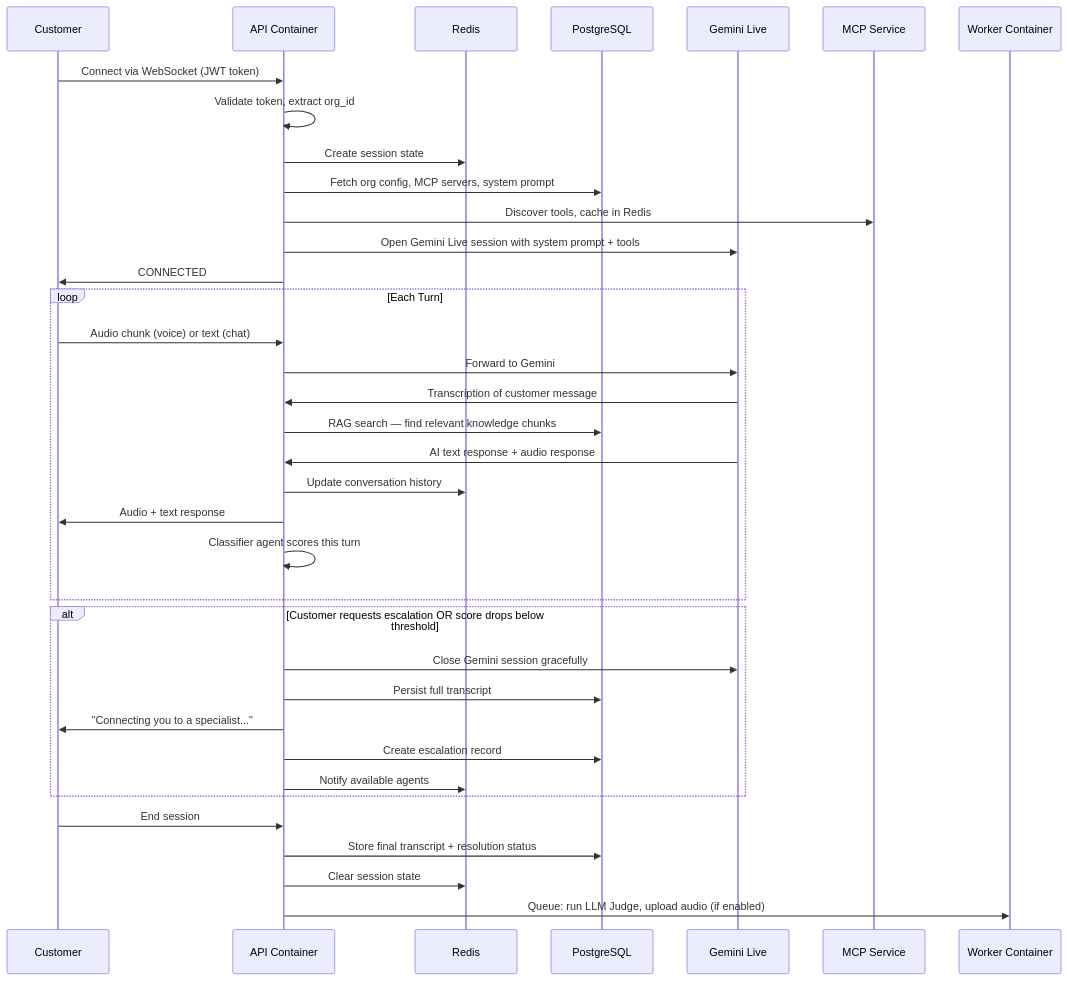
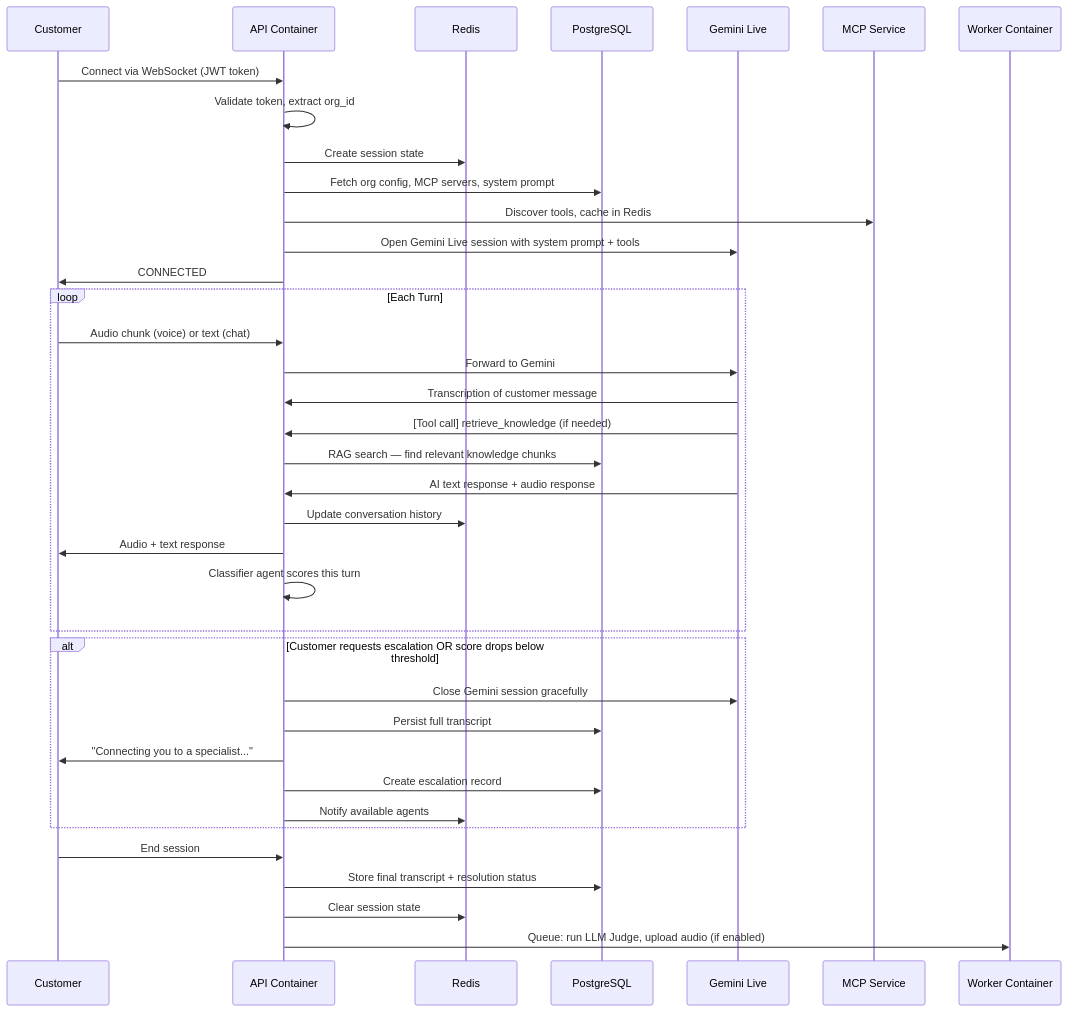
The second of 10 diagrams in docs/trd.md (deemwar-products/live-api), drawn with Mermaid before and after one commit. The commit also changed other lines of this file, not shown here.

````diff
--- a/docs/trd.md
+++ b/docs/trd.md
@@ -184,42 +186,43 @@
 ```mermaid
 sequenceDiagram
     participant C as Customer
     participant API as API Container
     participant RD as Redis
     participant PG as PostgreSQL
     participant GL as Gemini Live
     participant MCP as MCP Service
     participant WK as Worker Container
 
     C->>API: Connect via WebSocket (JWT token)
     API->>API: Validate token, extract org_id
     API->>RD: Create session state
     API->>PG: Fetch org config, MCP servers, system prompt
     API->>MCP: Discover tools, cache in Redis
     API->>GL: Open Gemini Live session with system prompt + tools
     API->>C: CONNECTED
 
     loop Each Turn
         C->>API: Audio chunk (voice) or text (chat)
         API->>GL: Forward to Gemini
         GL->>API: Transcription of customer message
+        GL->>API: [Tool call] retrieve_knowledge (if needed)
         API->>PG: RAG search — find relevant knowledge chunks
         GL->>API: AI text response + audio response
         API->>RD: Update conversation history
         API->>C: Audio + text response
         API->>API: Classifier agent scores this turn
     end
 
     alt Customer requests escalation OR score drops below threshold
         API->>GL: Close Gemini session gracefully
         API->>PG: Persist full transcript
         API->>C: "Connecting you to a specialist..."
         API->>PG: Create escalation record
         API->>RD: Notify available agents
     end
 
     C->>API: End session
     API->>PG: Store final transcript + resolution status
     API->>RD: Clear session state
     API->>WK: Queue: run LLM Judge, upload audio (if enabled)
 ```
````
